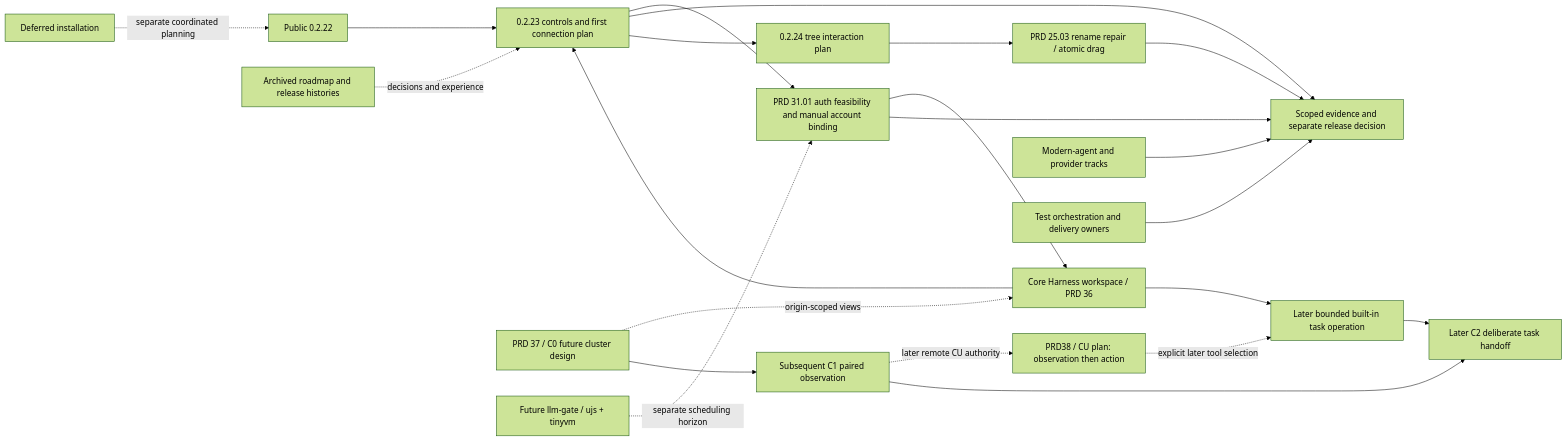
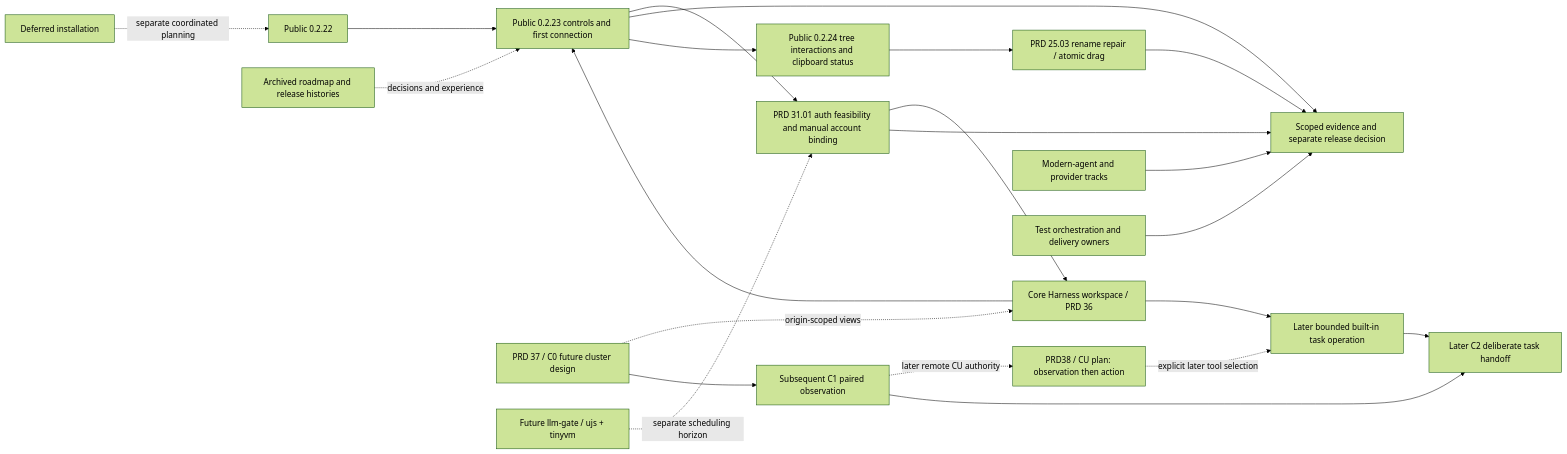
The diagram in plan/plan-v0.2.x-product-roadmap.md (partnernetsoftware/minicon), drawn with Mermaid (forest theme) before and after one commit. The commit also changed other lines of this file and 9 other files, not shown here.

````diff
--- a/plan/plan-v0.2.x-product-roadmap.md
+++ b/plan/plan-v0.2.x-product-roadmap.md
@@ -36,24 +36,24 @@
 ```mermaid
 flowchart LR
-    B[Public 0.2.22] --> P[0.2.23 controls and first connection plan]
+    B[Public 0.2.22] --> P[Public 0.2.23 controls and first connection]
     P --> A[PRD 31.01 auth feasibility and manual account binding]
     V[Core Harness workspace / PRD 36] --> P
     A --> V
     V --> L[Later bounded built-in task operation]
     CL[PRD 37 / C0 future cluster design] -. origin-scoped views .-> V
     CL --> CP[Subsequent C1 paired observation]
     CU[PRD38 / CU plan: observation then action] -. explicit later tool selection .-> L
     CP -. later remote CU authority .-> CU
     L --> CT[Later C2 deliberate task handoff]
     CP --> CT
     A --> Q
     F[Future llm-gate / ujs + tinyvm] -. separate scheduling horizon .-> A
     P --> Q[Scoped evidence and separate release decision]
-    P --> NEXT[0.2.24 tree interaction plan]
+    P --> NEXT[Public 0.2.24 tree interactions and clipboard status]
     NEXT --> TREE[PRD 25.03 rename repair / atomic drag]
     TREE --> Q
     T[Modern-agent and provider tracks] --> Q
     O[Test orchestration and delivery owners] --> Q
     H[Archived roadmap and release histories] -. decisions and experience .-> P
     I[Deferred installation] -. separate coordinated planning .-> B
 ```
````
